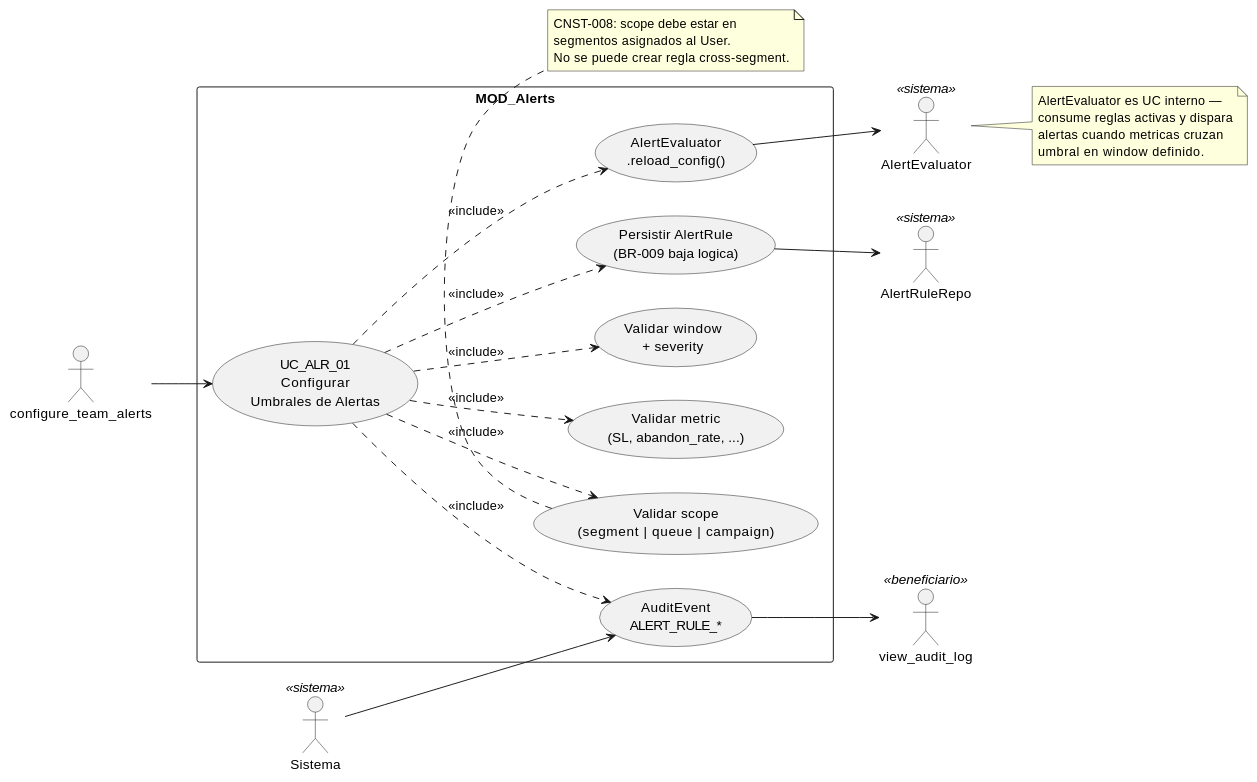
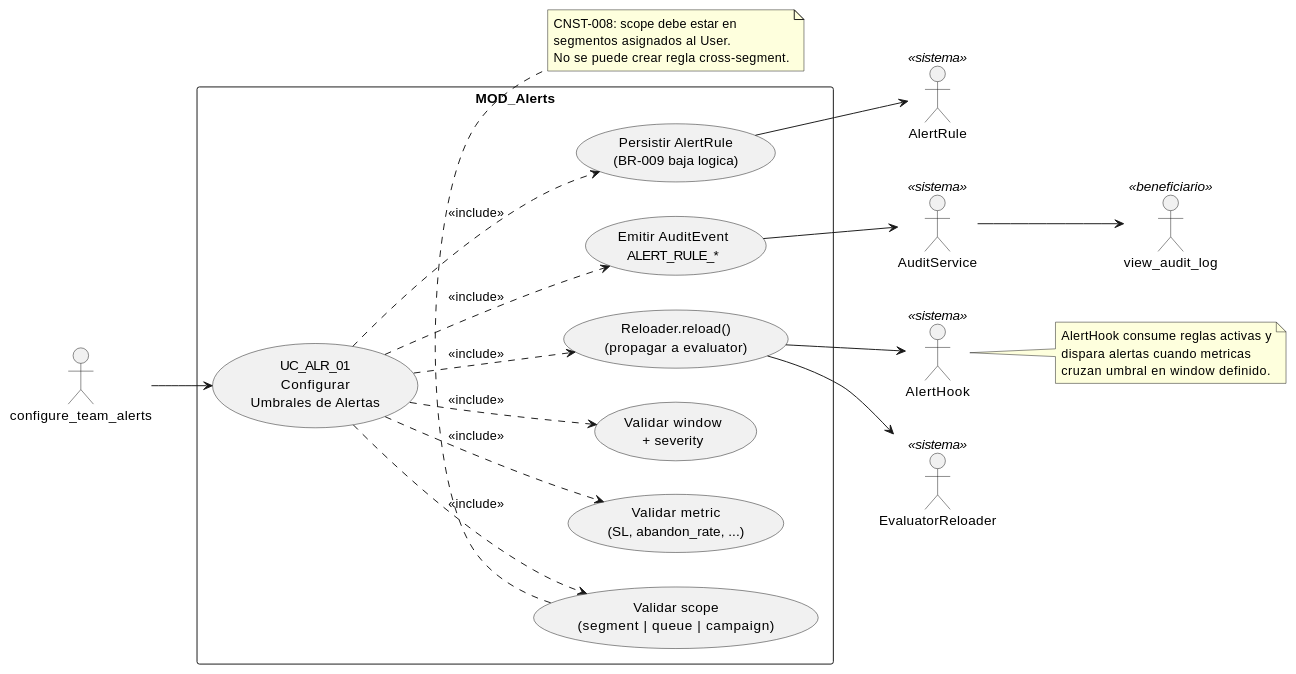
One commit to jcg-admin/IACT-docs changed the diagram in source/requisitos/casos-uso/alerts/uc-alr-01/diagramas-uml/diagrama-de-caso-de-uso.rst. Above: the diagram before and after it, drawn with PlantUML. The commit also changed other lines of this file and 52 other files, not shown here.

```diff
--- a/source/requisitos/casos-uso/alerts/uc-alr-01/diagramas-uml/diagrama-de-caso-de-uso.rst
+++ b/source/requisitos/casos-uso/alerts/uc-alr-01/diagramas-uml/diagrama-de-caso-de-uso.rst
@@ -4,50 +4,51 @@
 .. uml::
  :caption: UC_ALR_01 — actores y casos asociados
 
  @startuml
 
  left to right direction
 
  actor "configure_team_alerts" as INVOKER
- actor "AlertEvaluator" as EVALUATOR <<sistema>>
- actor "AlertRuleRepo" as REPO <<sistema>>
+ actor "AlertRule" as AR <<sistema>>
+ actor "AlertHook" as AH <<sistema>>
+ actor "EvaluatorReloader" as ER <<sistema>>
+ actor "AuditService" as AS <<sistema>>
  actor "view_audit_log" as view_audit_log <<beneficiario>>
- actor "Sistema" as Sistema <<sistema>>
 
  rectangle "MOD_Alerts" {
    usecase "UC_ALR_01\nConfigurar\nUmbrales de Alertas" as UC_ALR_01
    usecase "Validar metric\n(SL, abandon_rate, ...)" as VALIDAR_METRIC
    usecase "Validar scope\n(segment | queue | campaign)" as VALIDAR_SCOPE
    usecase "Validar window\n+ severity" as VALIDAR_WINDOW
    usecase "Persistir AlertRule\n(BR-009 baja logica)" as PERSISTIR
-   usecase "AuditEvent\nALERT_RULE_*" as AUDIT
-   usecase "AlertEvaluator\n.reload_config()" as RELOAD
+   usecase "Emitir AuditEvent\nALERT_RULE_*" as AUDIT
+   usecase "Reloader.reload()\n(propagar a evaluator)" as RELOAD
  }
 
  INVOKER --> UC_ALR_01
  UC_ALR_01 ..> VALIDAR_METRIC : <<include>>
  UC_ALR_01 ..> VALIDAR_SCOPE : <<include>>
  UC_ALR_01 ..> VALIDAR_WINDOW : <<include>>
  UC_ALR_01 ..> PERSISTIR : <<include>>
  UC_ALR_01 ..> AUDIT : <<include>>
  UC_ALR_01 ..> RELOAD : <<include>>
 
- PERSISTIR --> REPO
- RELOAD --> EVALUATOR
- Sistema --> AUDIT
- AUDIT --> view_audit_log
+ PERSISTIR --> AR
+ RELOAD --> ER
+ RELOAD --> AH
+ AUDIT --> AS
+ AS --> view_audit_log
 
  note bottom of VALIDAR_SCOPE
    CNST-008: scope debe estar en
    segmentos asignados al User.
    No se puede crear regla cross-segment.
  end note
 
- note right of EVALUATOR
-   AlertEvaluator es UC interno —
-   consume reglas activas y dispara
-   alertas cuando metricas cruzan
-   umbral en window definido.
+ note right of AH
+   AlertHook consume reglas activas y
+   dispara alertas cuando metricas
+   cruzan umbral en window definido.
  end note
 
  @enduml
```
